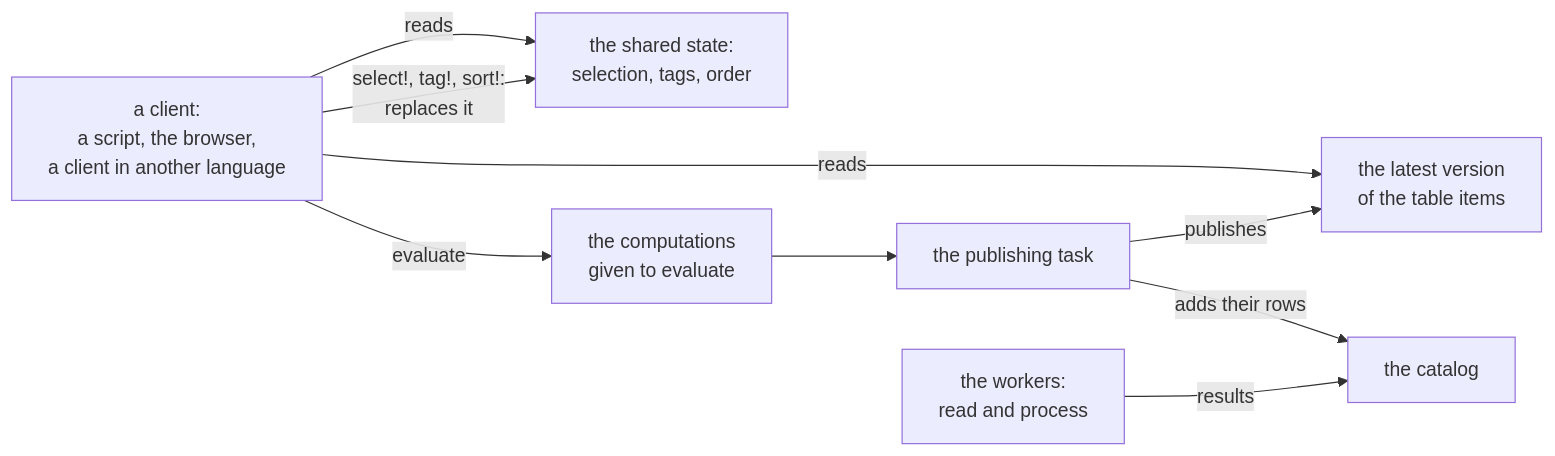
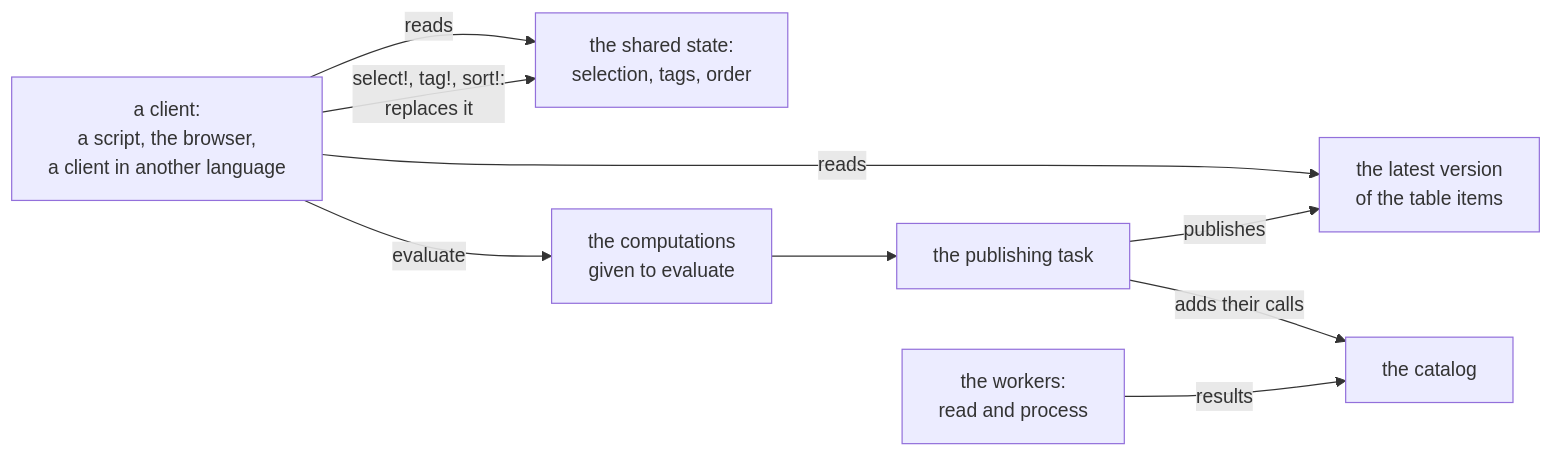
Before and after one commit to digiefel/DataBrowser: the first of 3 diagrams in docs/plans/client-api.md, drawn with Mermaid. The commit also changed other lines of this file and 5 other files, not shown here.

````diff
--- a/docs/plans/client-api.md
+++ b/docs/plans/client-api.md
@@ -30,18 +31,18 @@
 ```mermaid
 flowchart LR
     client["a client:<br/>a script, the browser,<br/>a client in another language"]
     table["the latest version<br/>of the table items"]
     shared["the shared state:<br/>selection, tags, order"]
     queue["the computations<br/>given to evaluate"]
     task["the publishing task"]
     catalog["the catalog"]
     workers["the workers:<br/>read and process"]
     client -- "reads" --> table
     client -- "reads" --> shared
     client -- "select!, tag!, sort!:<br/>replaces it" --> shared
     client -- "evaluate" --> queue
     queue --> task
-    task -- "adds their rows" --> catalog
+    task -- "adds their calls" --> catalog
     workers -- "results" --> catalog
     task -- "publishes" --> table
 ```
````
